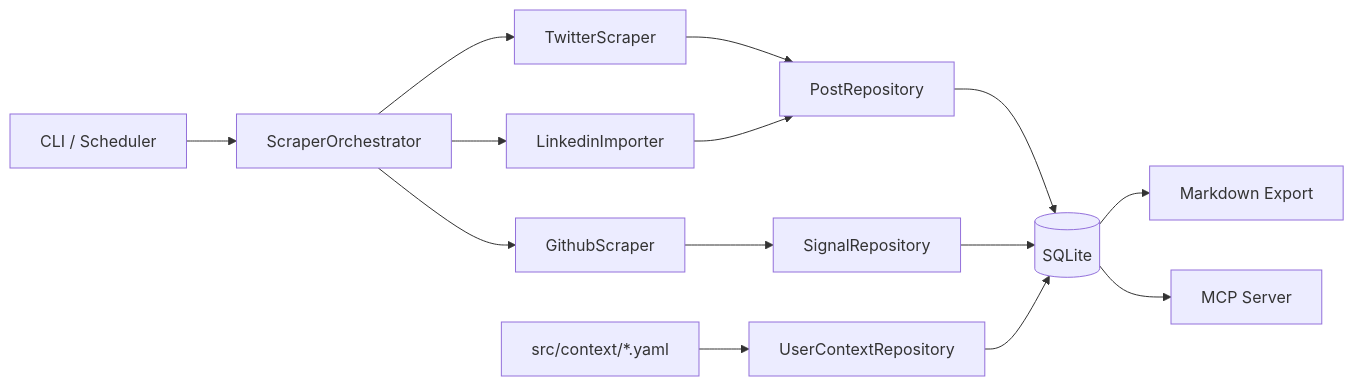
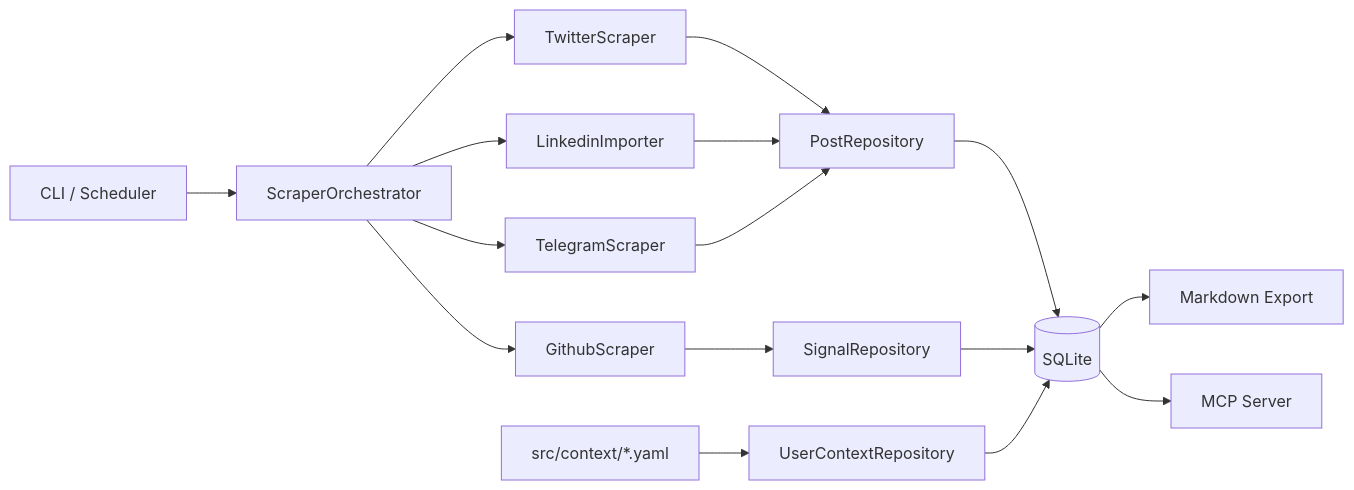
Before and after one commit to SamuiRo/EANyra: the first of 2 diagrams in docs/ARCHITECTURE.md, drawn with Mermaid. The commit also changed other lines of this file and 18 other files, not shown here.

````diff
--- a/docs/ARCHITECTURE.md
+++ b/docs/ARCHITECTURE.md
@@ -21,16 +21,18 @@
 ```mermaid
 flowchart LR
     CLI["CLI / Scheduler"] --> ORCH["ScraperOrchestrator"]
     ORCH --> TW["TwitterScraper"]
     ORCH --> GH["GithubScraper"]
     ORCH --> LI["LinkedinImporter"]
+    ORCH --> TG["TelegramScraper"]
     TW --> PR["PostRepository"]
     LI --> PR
+    TG --> PR
     GH --> SR["SignalRepository"]
     PR --> DB[("SQLite")]
     SR --> DB
     YAML["src/context/*.yaml"] --> CR["UserContextRepository"]
     CR --> DB
     DB --> EX["Markdown Export"]
     DB --> MCP["MCP Server"]
 ```
````
